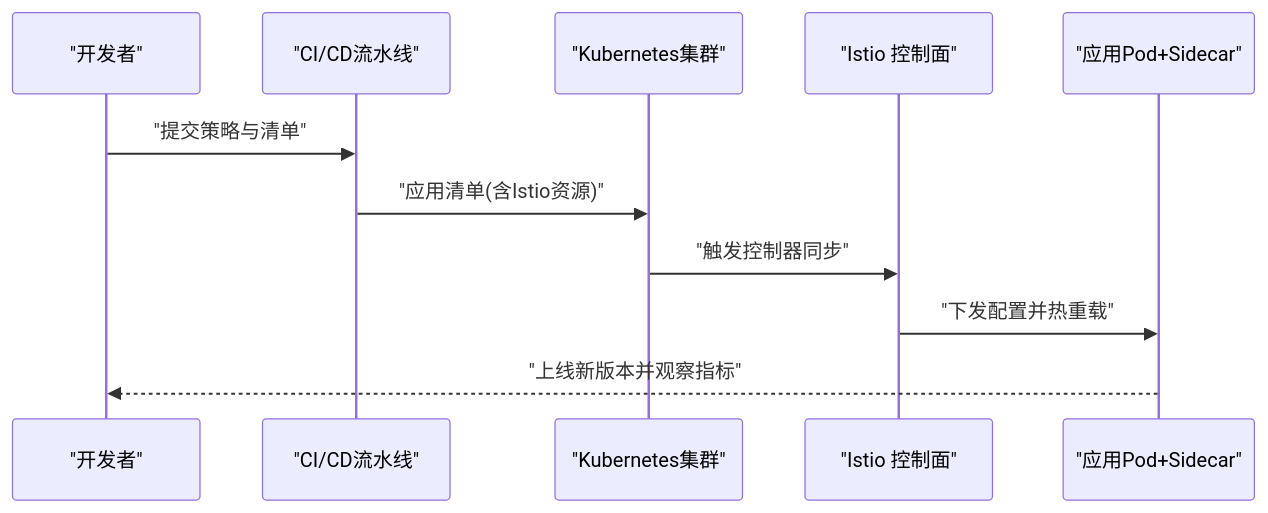
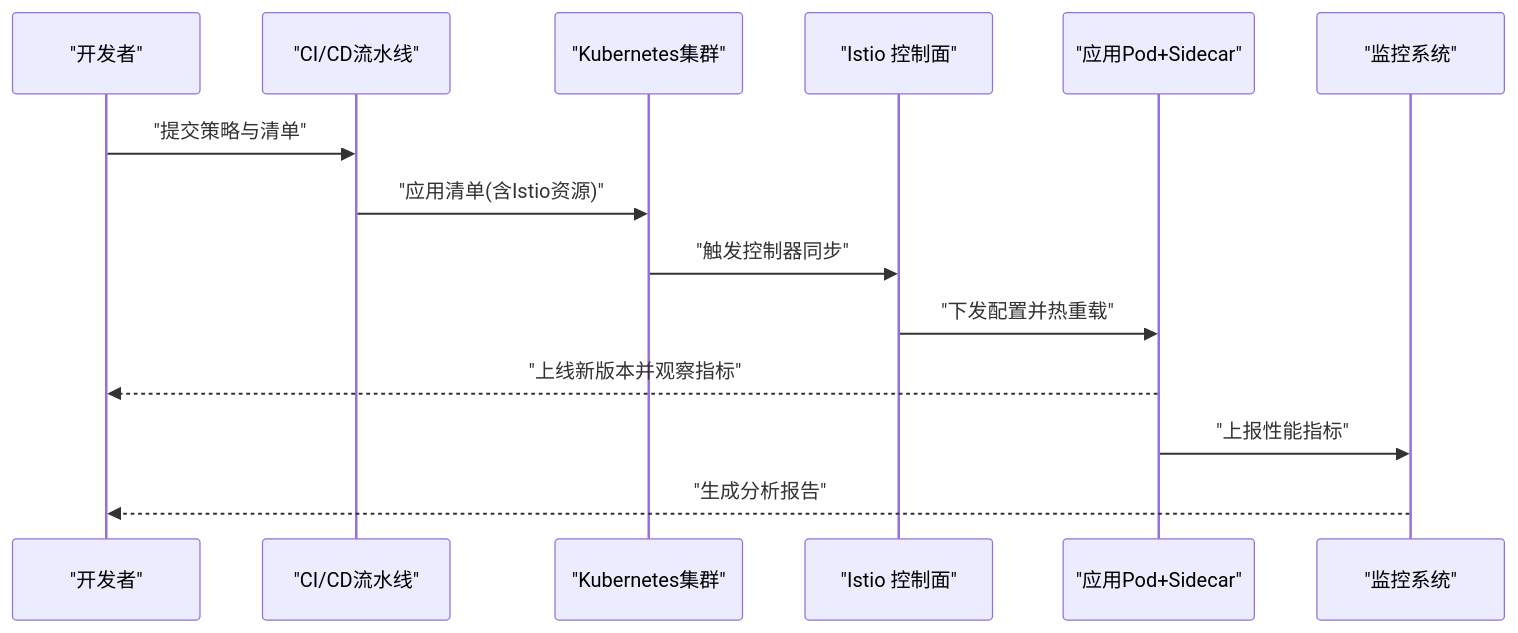
The sixth of 7 diagrams in .qoder/repowiki/zh/content/技术文档体系/Istio服务网格/Istio服务网格.md (nianjiang/nianjiang.github.io), drawn with Mermaid before and after one commit. The commit also changed other lines of this file and 21 other files, not shown here.

````diff
--- a/.qoder/repowiki/zh/content/技术文档体系/Istio服务网格/Istio服务网格.md
+++ b/.qoder/repowiki/zh/content/技术文档体系/Istio服务网格/Istio服务网格.md
@@ -212,13 +254,16 @@
 ```mermaid
 sequenceDiagram
 participant Dev as "开发者"
 participant CI as "CI/CD流水线"
 participant K8s as "Kubernetes集群"
 participant Mesh as "Istio 控制面"
 participant Pods as "应用Pod+Sidecar"
+participant Monitor as "监控系统"
 Dev->>CI : "提交策略与清单"
 CI->>K8s : "应用清单(含Istio资源)"
 K8s->>Mesh : "触发控制器同步"
 Mesh->>Pods : "下发配置并热重载"
 Pods-->>Dev : "上线新版本并观察指标"
+Pods->>Monitor : "上报性能指标"
+Monitor-->>Dev : "生成分析报告"
 ```
````
